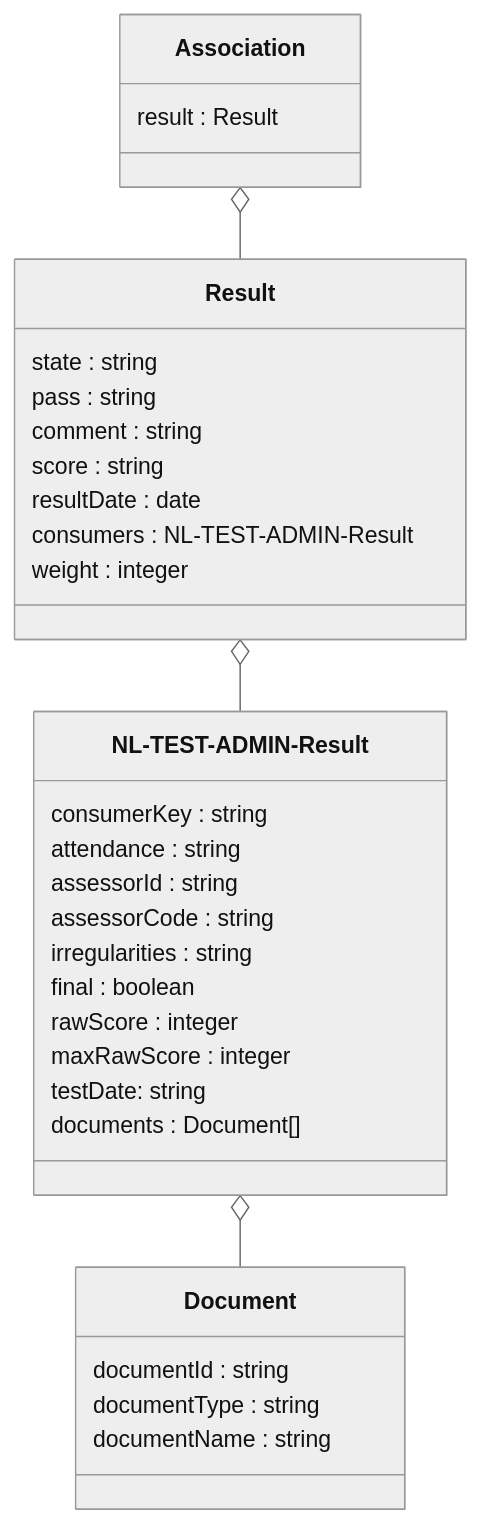
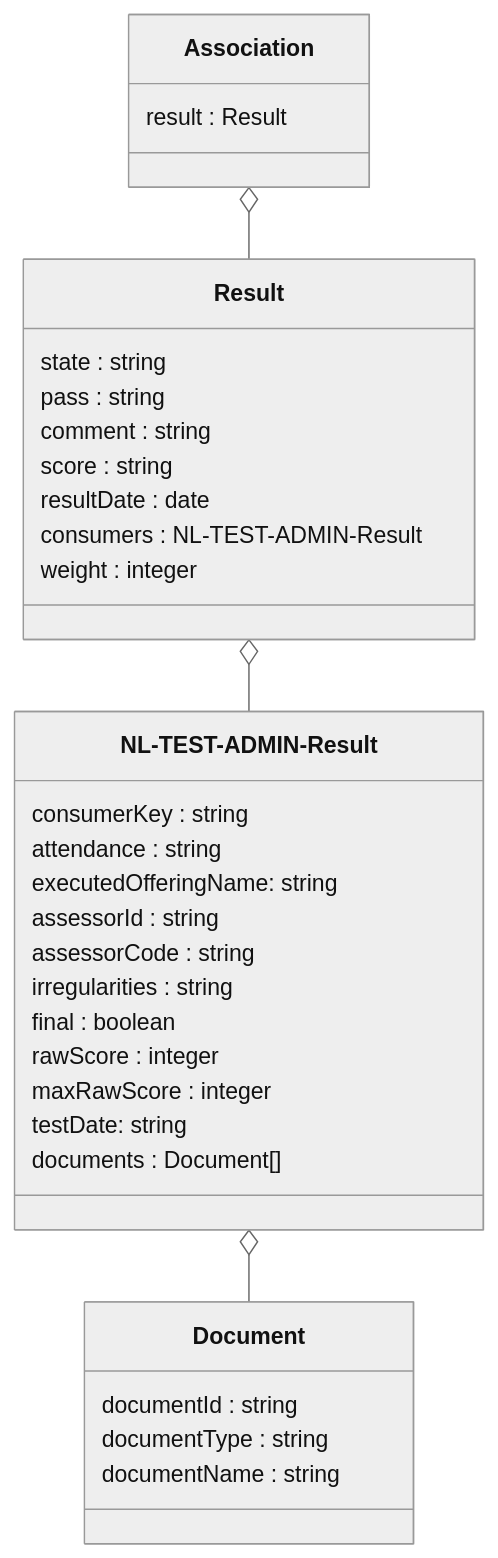
Before and after one commit to NetwerkExamineringDigitalisering/NED-OOAPI: the second of 2 diagrams in doc/flow5.md, drawn with Mermaid (neutral theme). The commit also changed 2 other files, not shown here.

Commit message:
added executedOfferingName  #68

````diff
--- a/doc/flow5.md
+++ b/doc/flow5.md
@@ -24,35 +24,36 @@
 ```mermaid
 classDiagram
     class Association {
     	result : Result
     }
     class Result {
     	state : string
         pass : string
         comment : string
         score : string
         resultDate : date
         consumers : NL-TEST-ADMIN-Result
         weight : integer
     }
     class `NL-TEST-ADMIN-Result` {
         consumerKey : string
         attendance : string
+        executedOfferingName: string
         assessorId : string
         assessorCode : string 
         irregularities : string
         final : boolean 
         rawScore : integer 
         maxRawScore : integer
         testDate: string
         documents : Document[]
     }
     class Document {
         documentId : string
         documentType : string
         documentName : string
     }
     Association o-- Result
     Result o-- `NL-TEST-ADMIN-Result`
     `NL-TEST-ADMIN-Result` o-- Document
 ```
````
